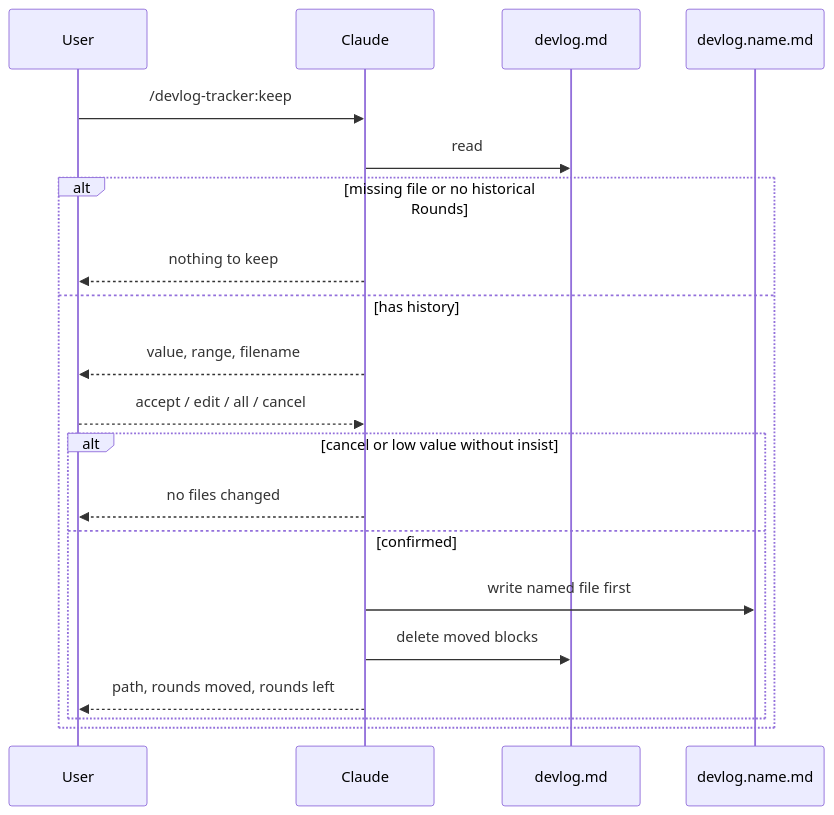
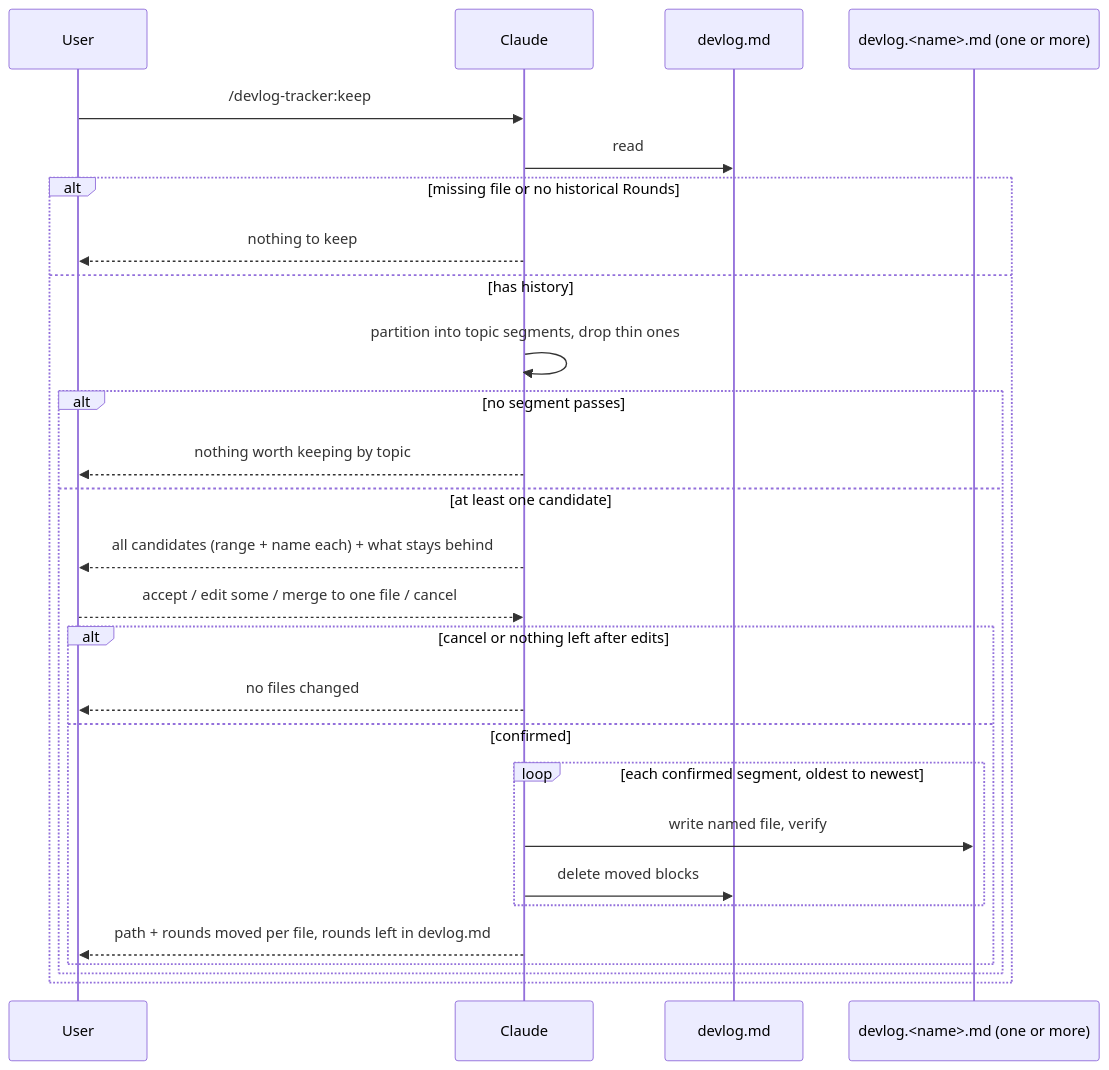
The diagram in docs/design/keep.md (gogogohuang/devlog-tracker), drawn with Mermaid before and after one commit. The commit also changed other lines of this file, not shown here.

First line of the commit message:
docs: redesign keep as a full-file topic split

````diff
--- a/docs/design/keep.md
+++ b/docs/design/keep.md
@@ -72,23 +101,30 @@
 ```mermaid
 sequenceDiagram
   participant U as User
   participant C as Claude
   participant D as devlog.md
-  participant K as devlog.name.md
+  participant K as devlog.<name>.md (one or more)
 
   U->>C: /devlog-tracker:keep
   C->>D: read
   alt missing file or no historical Rounds
     C-->>U: nothing to keep
   else has history
-    C-->>U: value, range, filename
-    U-->>C: accept / edit / all / cancel
-    alt cancel or low value without insist
-      C-->>U: no files changed
-    else confirmed
-      C->>K: write named file first
-      C->>D: delete moved blocks
-      C-->>U: path, rounds moved, rounds left
+    C->>C: partition into topic segments, drop thin ones
+    alt no segment passes
+      C-->>U: nothing worth keeping by topic
+    else at least one candidate
+      C-->>U: all candidates (range + name each) + what stays behind
+      U-->>C: accept / edit some / merge to one file / cancel
+      alt cancel or nothing left after edits
+        C-->>U: no files changed
+      else confirmed
+        loop each confirmed segment, oldest to newest
+          C->>K: write named file, verify
+          C->>D: delete moved blocks
+        end
+        C-->>U: path + rounds moved per file, rounds left in devlog.md
+      end
     end
   end
 ```
````
